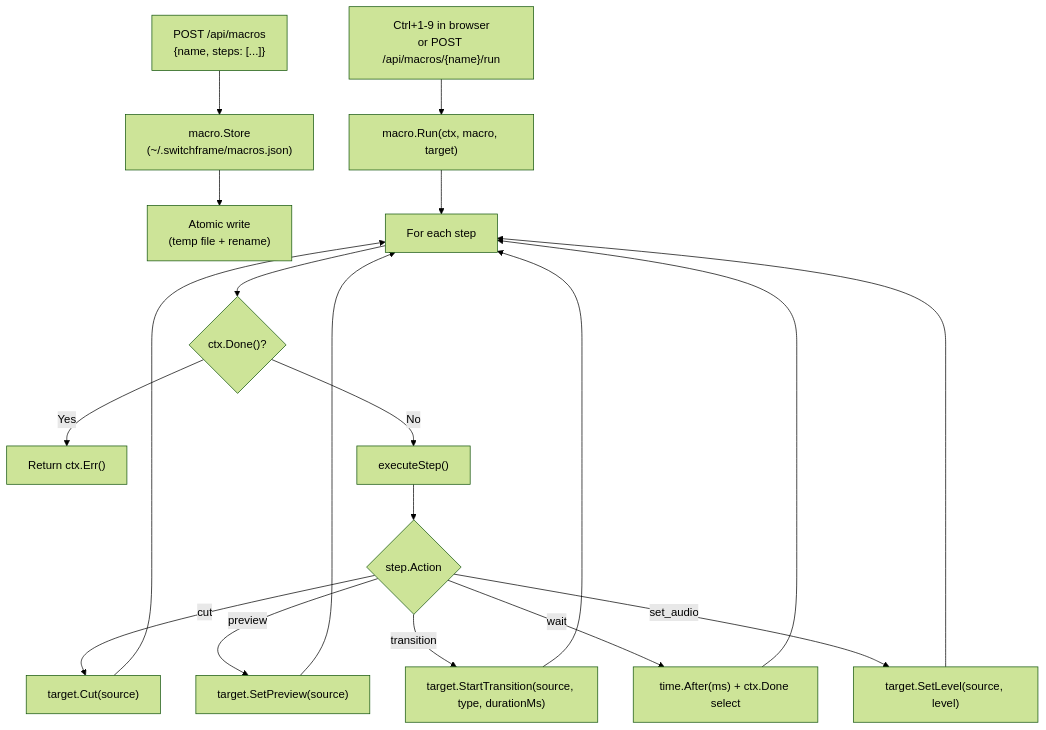
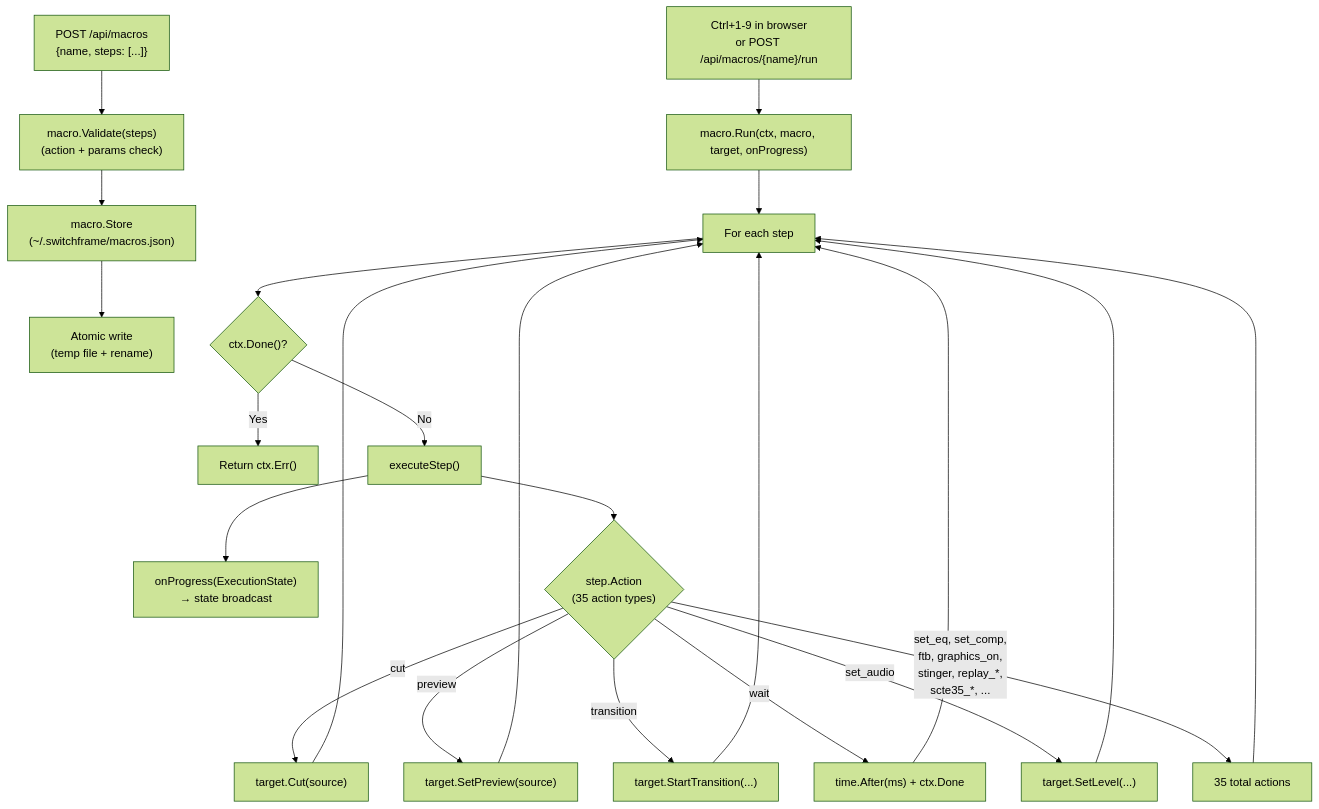
One commit to zsiec/switchframe changed diagram 14 of 23 in docs/architecture.md. Above: the diagram before and after it, drawn with Mermaid (forest theme). The commit also changed other lines of this file and 6 other files, not shown here.

First line of the commit message:
docs: SCTE-104, stinger audio, vocoder & MCFI

````diff
--- a/docs/architecture.md
+++ b/docs/architecture.md
@@ -830,25 +851,29 @@
 ```mermaid
 flowchart TD
-    create["POST /api/macros<br/>{name, steps: [...]}"] --> store["macro.Store<br/>(~/.switchframe/macros.json)"]
+    create["POST /api/macros<br/>{name, steps: [...]}"] --> validate["macro.Validate(steps)<br/>(action + params check)"]
+    validate --> store["macro.Store<br/>(~/.switchframe/macros.json)"]
     store --> persist["Atomic write<br/>(temp file + rename)"]
 
-    trigger["Ctrl+1-9 in browser<br/>or POST /api/macros/{name}/run"] --> runner["macro.Run(ctx, macro, target)"]
+    trigger["Ctrl+1-9 in browser<br/>or POST /api/macros/{name}/run"] --> runner["macro.Run(ctx, macro, target, onProgress)"]
 
     runner --> loop["For each step"]
     loop --> ctxcheck{"ctx.Done()?"}
     ctxcheck -->|Yes| abort["Return ctx.Err()"]
     ctxcheck -->|No| exec["executeStep()"]
+    exec --> progress["onProgress(ExecutionState)<br/>→ state broadcast"]
 
-    exec --> action{"step.Action"}
+    exec --> action{"step.Action<br/>(35 action types)"}
     action -->|cut| cut["target.Cut(source)"]
     action -->|preview| preview["target.SetPreview(source)"]
-    action -->|transition| trans["target.StartTransition(source, type, durationMs)"]
-    action -->|wait| wait["time.After(ms) + ctx.Done select"]
-    action -->|set_audio| audio["target.SetLevel(source, level)"]
+    action -->|transition| trans["target.StartTransition(...)"]
+    action -->|wait| wait["time.After(ms) + ctx.Done"]
+    action -->|set_audio| audio["target.SetLevel(...)"]
+    action -->|"set_eq, set_comp,<br/>ftb, graphics_on,<br/>stinger, replay_*,<br/>scte35_*, ..."| other["35 total actions"]
 
     cut --> loop
     preview --> loop
     trans --> loop
     wait --> loop
     audio --> loop
+    other --> loop
 ```
````
